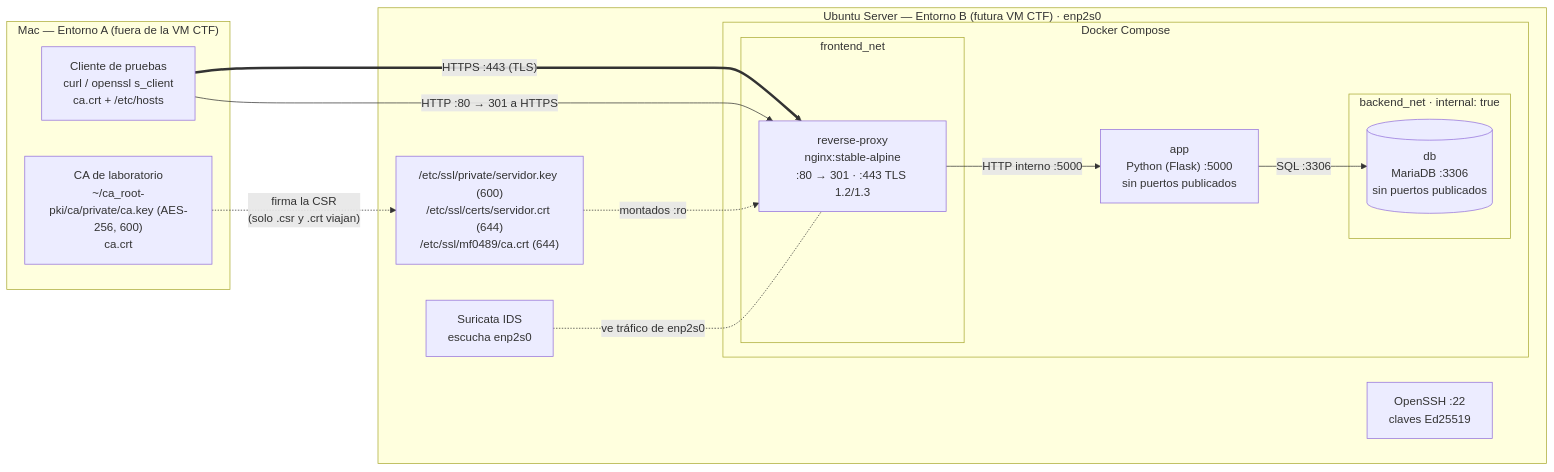
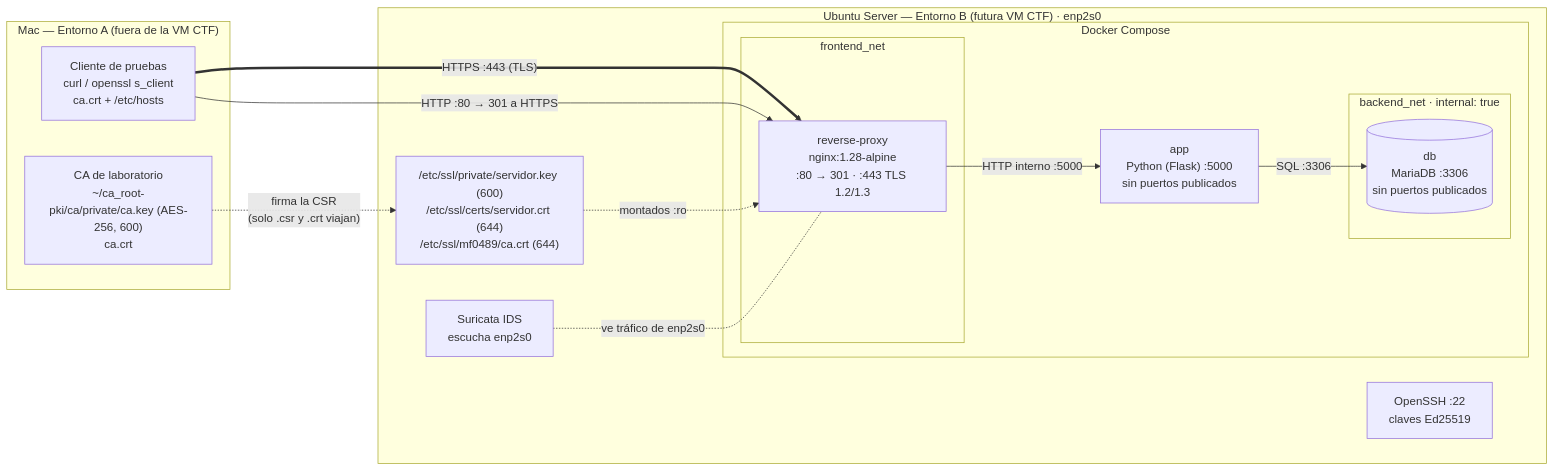
One commit to margalefxr/opsmatrix-lab changed the diagram in docs/mf0489/fase1-arquitectura.md. Above: the diagram before and after it, drawn with Mermaid. The commit also changed 1 other file, not shown here.

Commit message:
MF0489 Fase 3: documentación HTTPS + Docker con evidencias reales
Claude-Session: https://claude.ai/code/session_01FzwsfXv6SZSu8GvSKfMtjB

````diff
--- a/docs/mf0489/fase1-arquitectura.md
+++ b/docs/mf0489/fase1-arquitectura.md
@@ -21,31 +21,31 @@
 ```mermaid
 flowchart LR
     subgraph MAC["Mac — Entorno A (fuera de la VM CTF)"]
         CA["CA de laboratorio<br/>~/ca_root-pki/ca/private/ca.key (AES-256, 600)<br/>ca.crt"]
         CLI["Cliente de pruebas<br/>curl / openssl s_client<br/>ca.crt + /etc/hosts"]
     end
 
     subgraph VM["Ubuntu Server — Entorno B (futura VM CTF) · enp2s0"]
         SSH["OpenSSH :22<br/>claves Ed25519"]
         SUR["Suricata IDS<br/>escucha enp2s0"]
         PKI["/etc/ssl/private/servidor.key (600)<br/>/etc/ssl/certs/servidor.crt (644)<br/>/etc/ssl/mf0489/ca.crt (644)"]
 
         subgraph DOCKER["Docker Compose"]
             subgraph FRONT["frontend_net"]
-                RP["reverse-proxy<br/>nginx:stable-alpine<br/>:80 → 301 · :443 TLS 1.2/1.3"]
+                RP["reverse-proxy<br/>nginx:1.28-alpine<br/>:80 → 301 · :443 TLS 1.2/1.3"]
             end
             APP["app<br/>Python (Flask) :5000<br/>sin puertos publicados"]
             subgraph BACK["backend_net · internal: true"]
                 DB[("db<br/>MariaDB :3306<br/>sin puertos publicados")]
             end
         end
     end
 
     CA -. "firma la CSR<br/>(solo .csr y .crt viajan)" .-> PKI
     CLI == "HTTPS :443 (TLS)" ==> RP
     CLI -- "HTTP :80 → 301 a HTTPS" --> RP
     PKI -. "montados :ro" .-> RP
     RP -- "HTTP interno :5000" --> APP
     APP -- "SQL :3306" --> DB
     SUR -. "ve tráfico de enp2s0" .- RP
 ```
````
